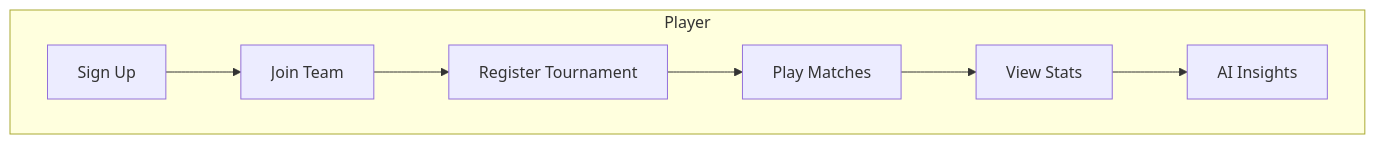
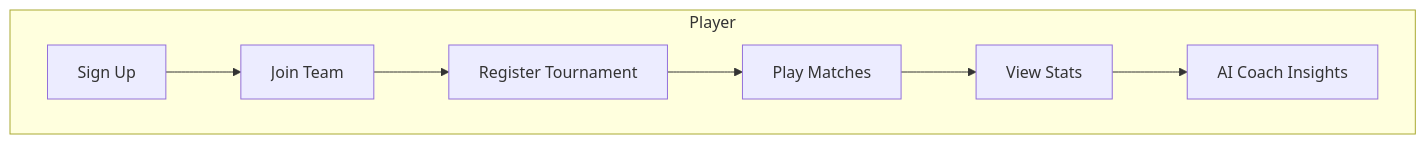
Before and after one commit to dineshrajdhanapathyDD/TurfArena: the seventh of 9 diagrams in README.md, drawn with Mermaid. The commit also changed other lines of this file and 11 other files, not shown here.

````diff
--- a/README.md
+++ b/README.md
@@ -393,10 +333,10 @@
 ```mermaid
 graph TD
     subgraph Player
         PA[Sign Up] --> PB[Join Team]
         PB --> PC[Register Tournament]
         PC --> PD[Play Matches]
         PD --> PE[View Stats]
-        PE --> PF[AI Insights]
+        PE --> PF[AI Coach Insights]
     end
 ```
````
